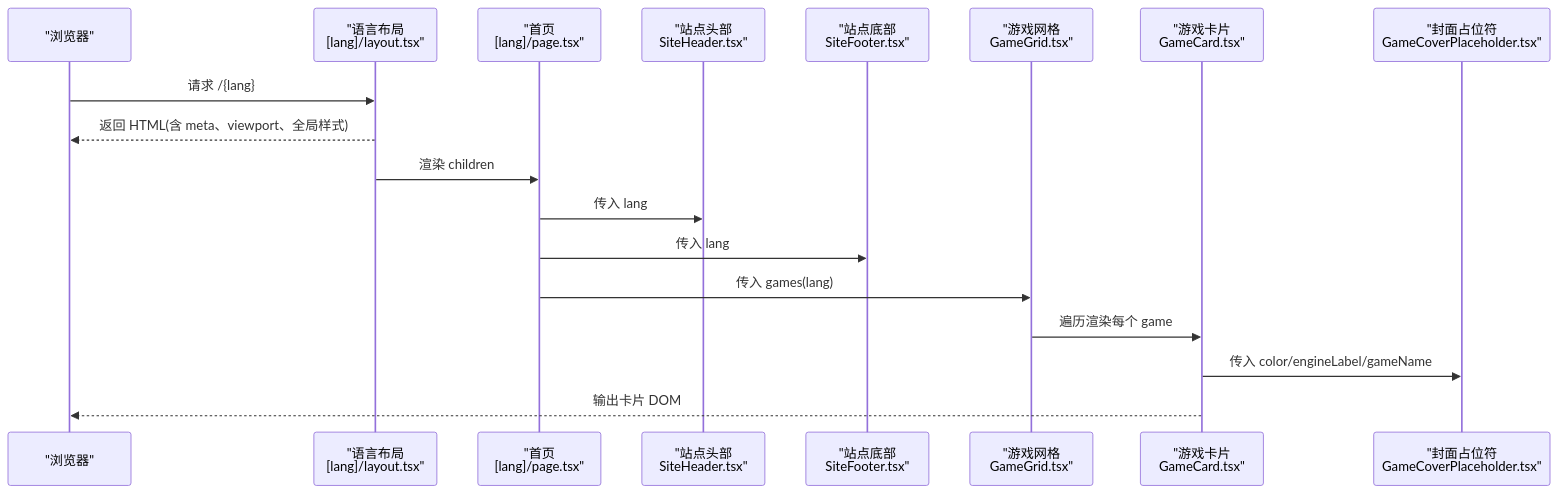
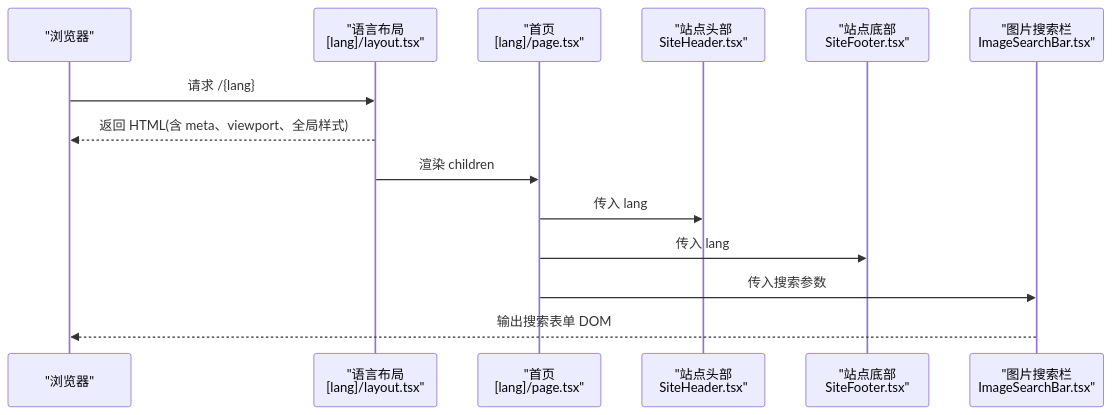
Before and after one commit to pnnh/weable: the second of 5 diagrams in .qoder/repowiki/zh/content/功能特性/用户界面.md, drawn with Mermaid. The commit also changed other lines of this file and 187 other files, not shown here.

````diff
--- a/.qoder/repowiki/zh/content/功能特性/用户界面.md
+++ b/.qoder/repowiki/zh/content/功能特性/用户界面.md
@@ -141,20 +120,16 @@
 ```mermaid
 sequenceDiagram
 participant Browser as "浏览器"
 participant Layout as "语言布局<br/>[lang]/layout.tsx"
 participant Page as "首页<br/>[lang]/page.tsx"
 participant Header as "站点头部<br/>SiteHeader.tsx"
 participant Footer as "站点底部<br/>SiteFooter.tsx"
-participant Grid as "游戏网格<br/>GameGrid.tsx"
-participant Card as "游戏卡片<br/>GameCard.tsx"
-participant Placeholder as "封面占位符<br/>GameCoverPlaceholder.tsx"
+participant Search as "图片搜索栏<br/>ImageSearchBar.tsx"
 Browser->>Layout : 请求 /{lang}
 Layout-->>Browser : 返回 HTML(含 meta、viewport、全局样式)
 Layout->>Page : 渲染 children
 Page->>Header : 传入 lang
 Page->>Footer : 传入 lang
-Page->>Grid : 传入 games(lang)
-Grid->>Card : 遍历渲染每个 game
-Card->>Placeholder : 传入 color/engineLabel/gameName
-Card-->>Browser : 输出卡片 DOM
+Page->>Search : 传入搜索参数
+Search-->>Browser : 输出搜索表单 DOM
 ```
````
